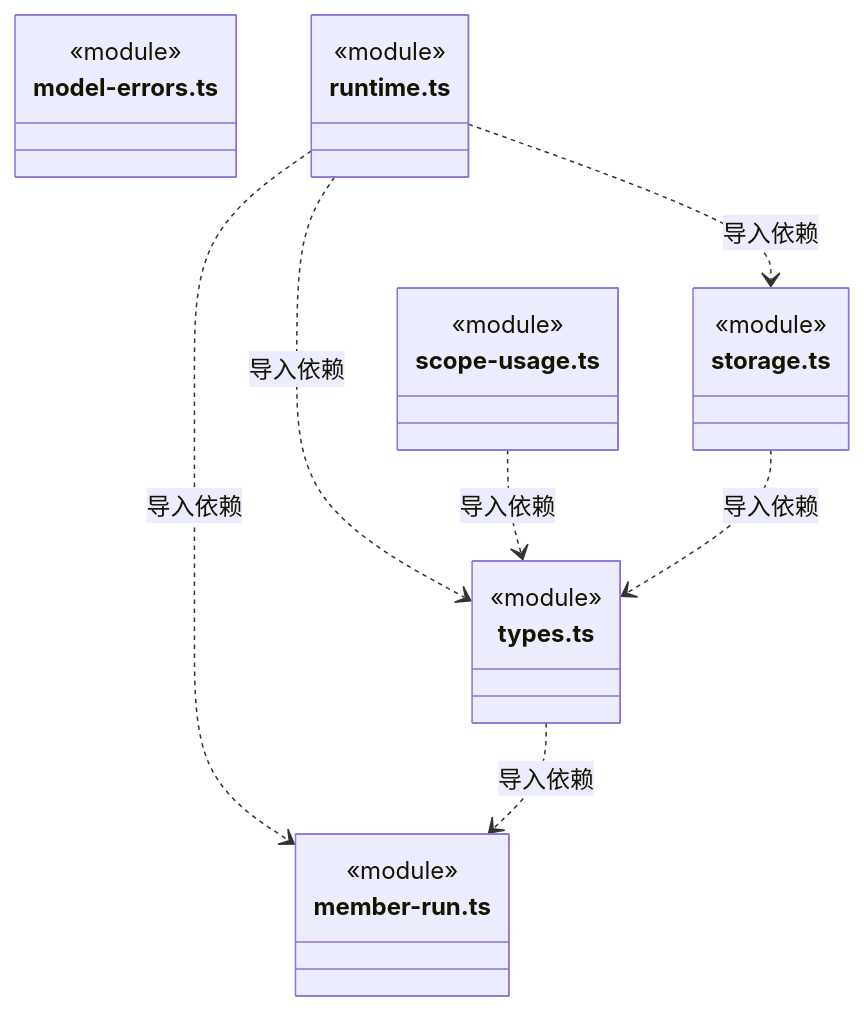
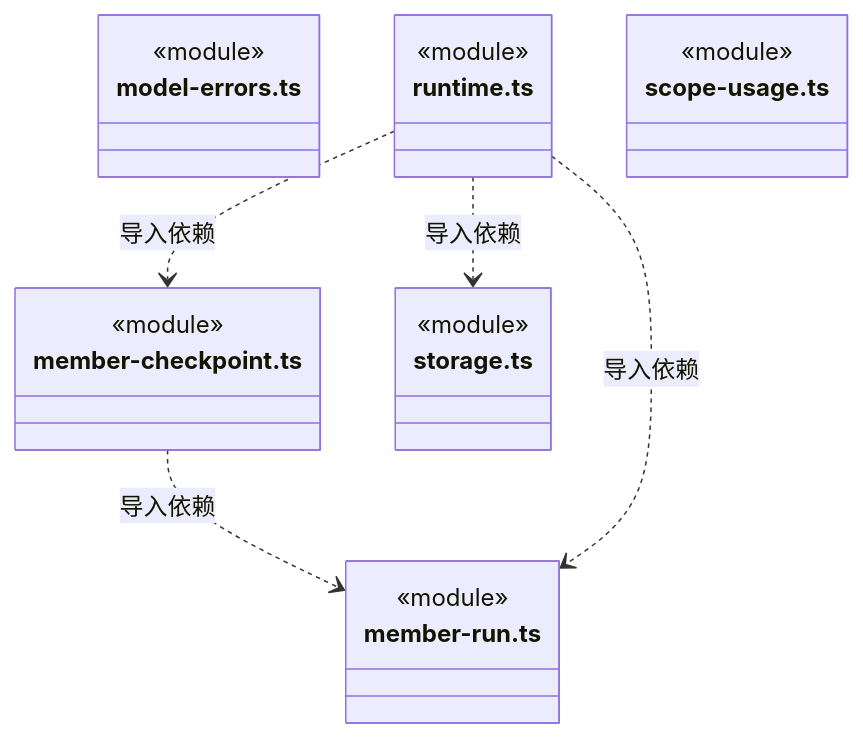
One commit to nan023062/cbim changed the second of 11 diagrams in src/backend/core/brain/ARCHITECTURE.md. Above: the diagram before and after it, drawn with Mermaid. The commit also changed other lines of this file and 85 other files, not shown here.

````diff
--- a/src/backend/core/brain/ARCHITECTURE.md
+++ b/src/backend/core/brain/ARCHITECTURE.md
@@ -54,27 +55,25 @@
 ```mermaid
 classDiagram
+class N_src_backend_core_brain_member_checkpoint_ts["member-checkpoint.ts"] {
+  <<module>>
+}
 class N_src_backend_core_brain_member_run_ts["member-run.ts"] {
   <<module>>
 }
 class N_src_backend_core_brain_model_errors_ts["model-errors.ts"] {
   <<module>>
 }
 class N_src_backend_core_brain_runtime_ts["runtime.ts"] {
   <<module>>
 }
 class N_src_backend_core_brain_scope_usage_ts["scope-usage.ts"] {
   <<module>>
 }
 class N_src_backend_core_brain_storage_ts["storage.ts"] {
   <<module>>
 }
-class N_src_backend_core_brain_types_ts["types.ts"] {
-  <<module>>
-}
+N_src_backend_core_brain_member_checkpoint_ts ..> N_src_backend_core_brain_member_run_ts : 导入依赖
 N_src_backend_core_brain_runtime_ts ..> N_src_backend_core_brain_storage_ts : 导入依赖
+N_src_backend_core_brain_runtime_ts ..> N_src_backend_core_brain_member_checkpoint_ts : 导入依赖
 N_src_backend_core_brain_runtime_ts ..> N_src_backend_core_brain_member_run_ts : 导入依赖
-N_src_backend_core_brain_runtime_ts ..> N_src_backend_core_brain_types_ts : 导入依赖
-N_src_backend_core_brain_scope_usage_ts ..> N_src_backend_core_brain_types_ts : 导入依赖
-N_src_backend_core_brain_storage_ts ..> N_src_backend_core_brain_types_ts : 导入依赖
-N_src_backend_core_brain_types_ts ..> N_src_backend_core_brain_member_run_ts : 导入依赖
 ```
````
